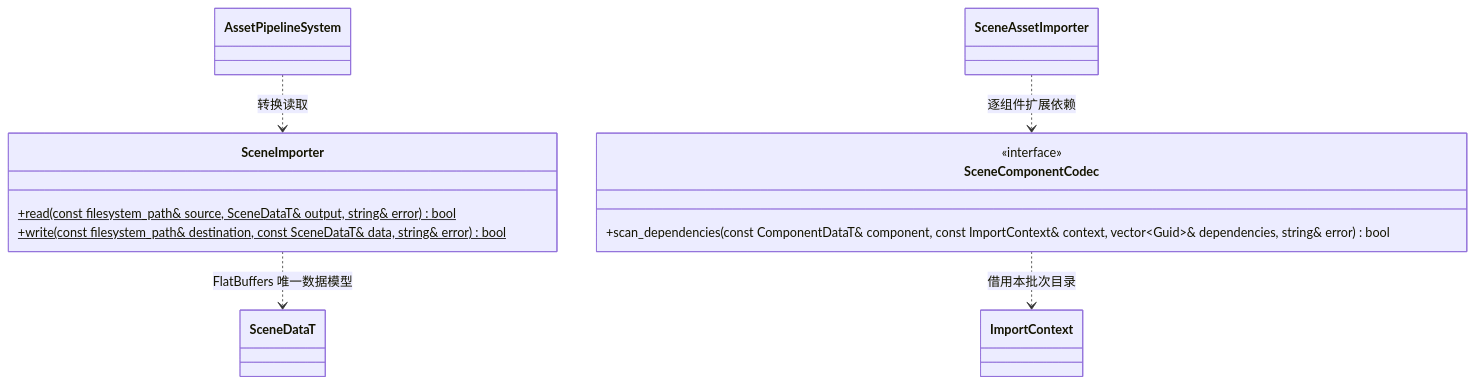
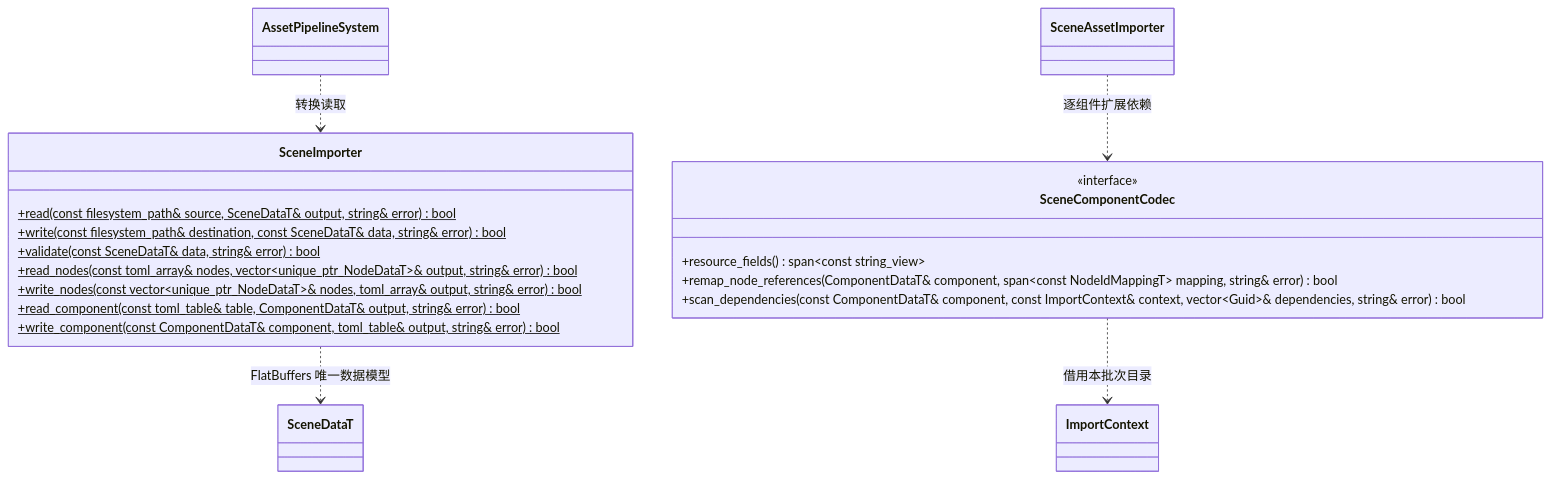
The diagram in docs/editor/class-diagrams/scene-importer.md (lcals/Engine), drawn with Mermaid before and after one commit. The commit also changed other lines of this file and 193 other files, not shown here.

````diff
--- a/docs/editor/class-diagrams/scene-importer.md
+++ b/docs/editor/class-diagrams/scene-importer.md
@@ -5,19 +5,26 @@
 ```mermaid
 classDiagram
     class SceneImporter {
         +read(const filesystem_path& source, SceneDataT& output, string& error)$ bool
         +write(const filesystem_path& destination, const SceneDataT& data, string& error)$ bool
+        +validate(const SceneDataT& data, string& error)$ bool
+        +read_nodes(const toml_array& nodes, vector~unique_ptr_NodeDataT~& output, string& error)$ bool
+        +write_nodes(const vector~unique_ptr_NodeDataT~& nodes, toml_array& output, string& error)$ bool
+        +read_component(const toml_table& table, ComponentDataT& output, string& error)$ bool
+        +write_component(const ComponentDataT& component, toml_table& output, string& error)$ bool
     }
     class SceneDataT
     class AssetPipelineSystem
     class SceneComponentCodec {
         <<interface>>
+        +resource_fields() span~const string_view~
+        +remap_node_references(ComponentDataT& component, span~const NodeIdMappingT~ mapping, string& error) bool
         +scan_dependencies(const ComponentDataT& component, const ImportContext& context, vector~Guid~& dependencies, string& error) bool
     }
     class ImportContext
     class SceneAssetImporter
     SceneAssetImporter ..> SceneComponentCodec : 逐组件扩展依赖
     SceneComponentCodec ..> ImportContext : 借用本批次目录
     SceneImporter ..> SceneDataT : FlatBuffers 唯一数据模型
     AssetPipelineSystem ..> SceneImporter : 转换读取
 ```
````
